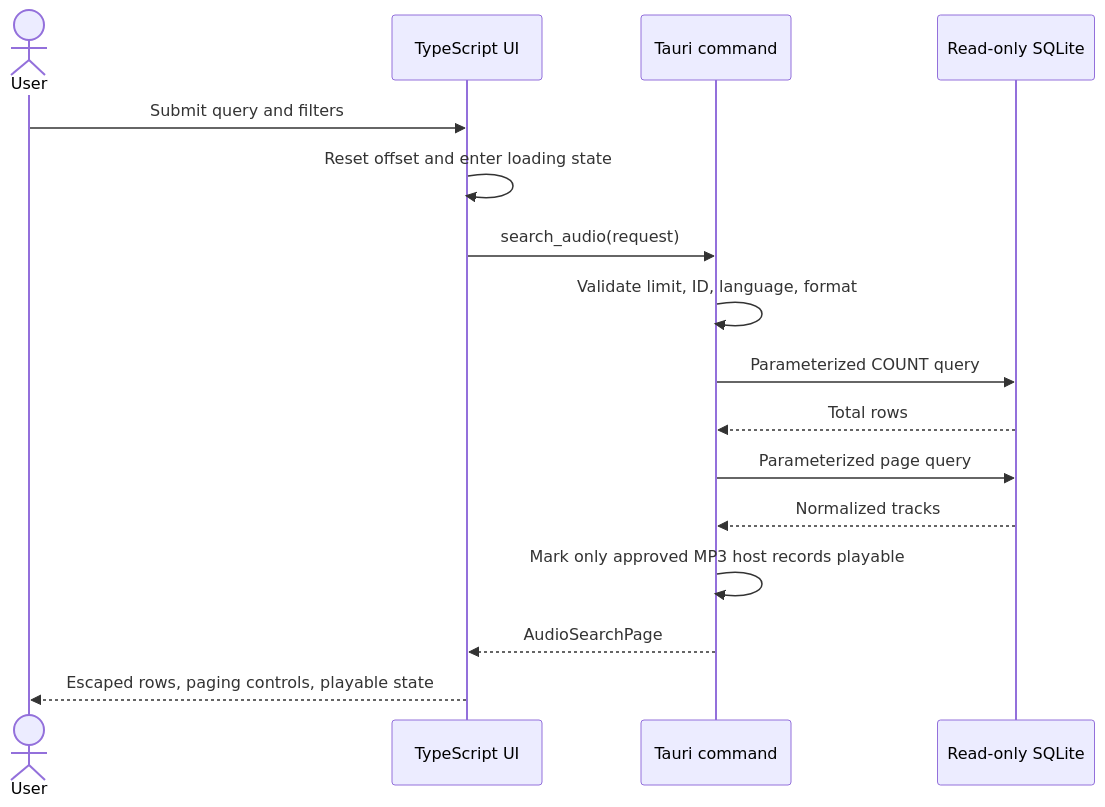
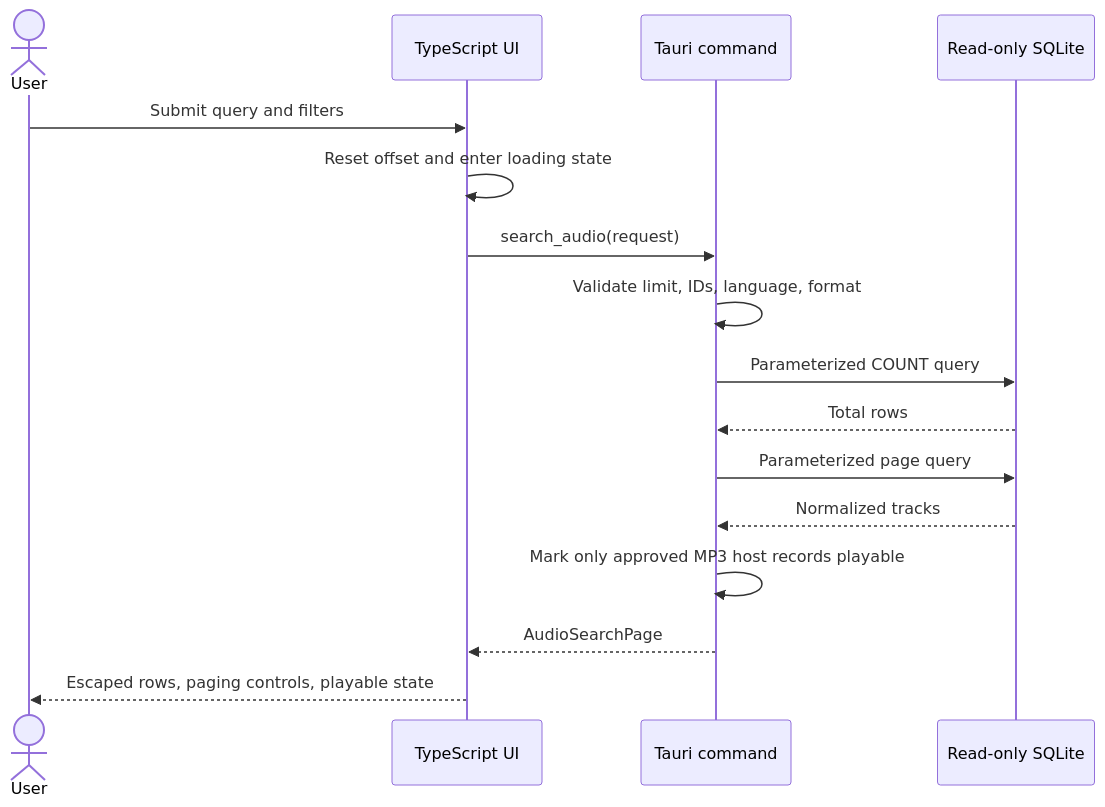
The first of 3 diagrams in docs/architecture/data-flow.md (AungMyoKyaw/dhamma-echo), drawn with Mermaid before and after one commit. The commit also changed other lines of this file and 6 other files, not shown here.

````diff
--- a/docs/architecture/data-flow.md
+++ b/docs/architecture/data-flow.md
@@ -5,19 +5,19 @@
 ```mermaid
 sequenceDiagram
     actor User
     participant UI as TypeScript UI
     participant IPC as Tauri command
     participant DB as Read-only SQLite
 
     User->>UI: Submit query and filters
     UI->>UI: Reset offset and enter loading state
     UI->>IPC: search_audio(request)
-    IPC->>IPC: Validate limit, ID, language, format
+    IPC->>IPC: Validate limit, IDs, language, format
     IPC->>DB: Parameterized COUNT query
     DB-->>IPC: Total rows
     IPC->>DB: Parameterized page query
     DB-->>IPC: Normalized tracks
     IPC->>IPC: Mark only approved MP3 host records playable
     IPC-->>UI: AudioSearchPage
     UI-->>User: Escaped rows, paging controls, playable state
 ```
````
